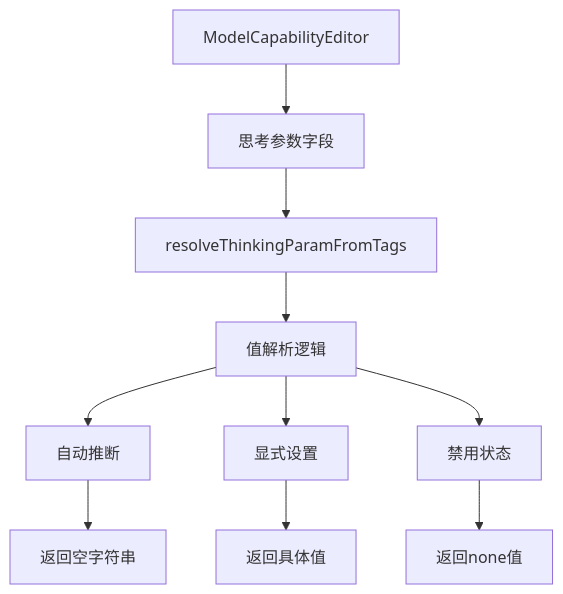
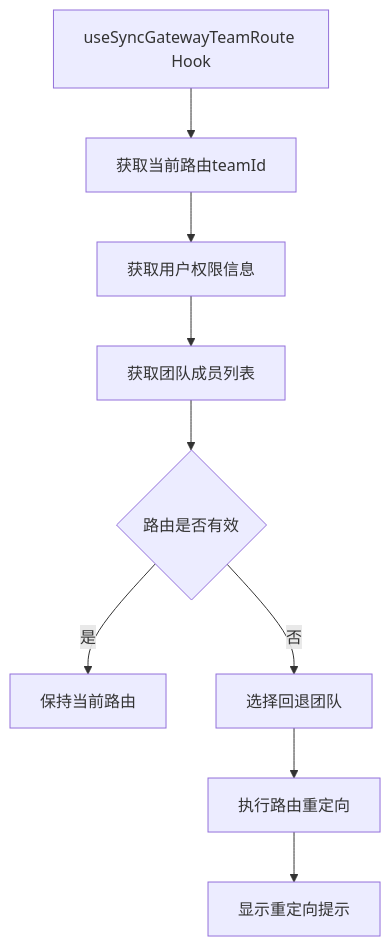
Before and after one commit to tianyehedashu/ai-agent: diagram 15 of 20 in .qoder/repowiki/zh/content/网关服务架构/网关服务架构.md, drawn with Mermaid. The commit also changed other lines of this file and 50 other files, not shown here.

````diff
--- a/.qoder/repowiki/zh/content/网关服务架构/网关服务架构.md
+++ b/.qoder/repowiki/zh/content/网关服务架构/网关服务架构.md
@@ -602,12 +664,11 @@
 ```mermaid
 flowchart TD
-A["ModelCapabilityEditor"] --> B["思考参数字段"]
-B --> C["resolveThinkingParamFromTags"]
-C --> D["值解析逻辑"]
-D --> E["自动推断"]
-D --> F["显式设置"]
-D --> G["禁用状态"]
-E --> H["返回空字符串"]
-F --> I["返回具体值"]
-G --> J["返回none值"]
+A["useSyncGatewayTeamRoute Hook"] --> B["获取当前路由teamId"]
+B --> C["获取用户权限信息"]
+C --> D["获取团队成员列表"]
+D --> E{"路由是否有效"}
+E --> |是| F["保持当前路由"]
+E --> |否| G["选择回退团队"]
+G --> H["执行路由重定向"]
+H --> I["显示重定向提示"]
 ```
````
